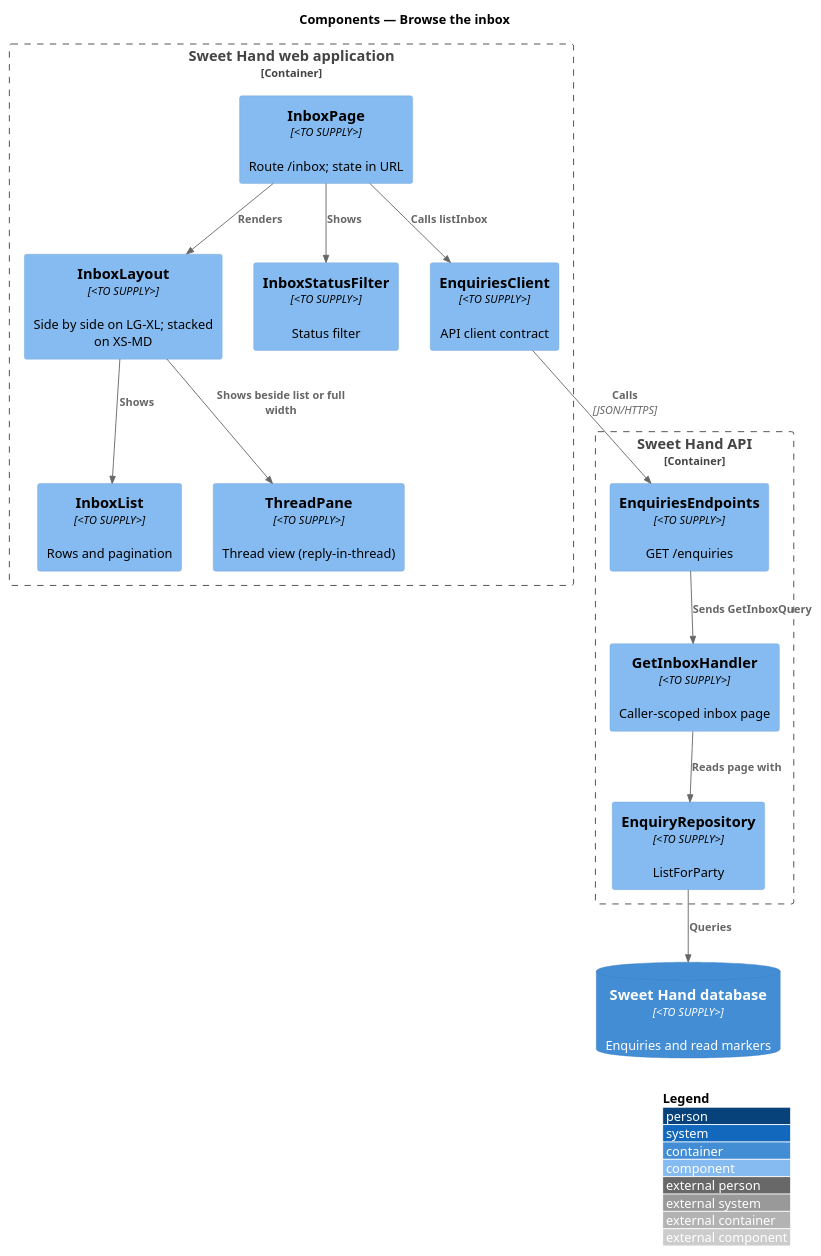
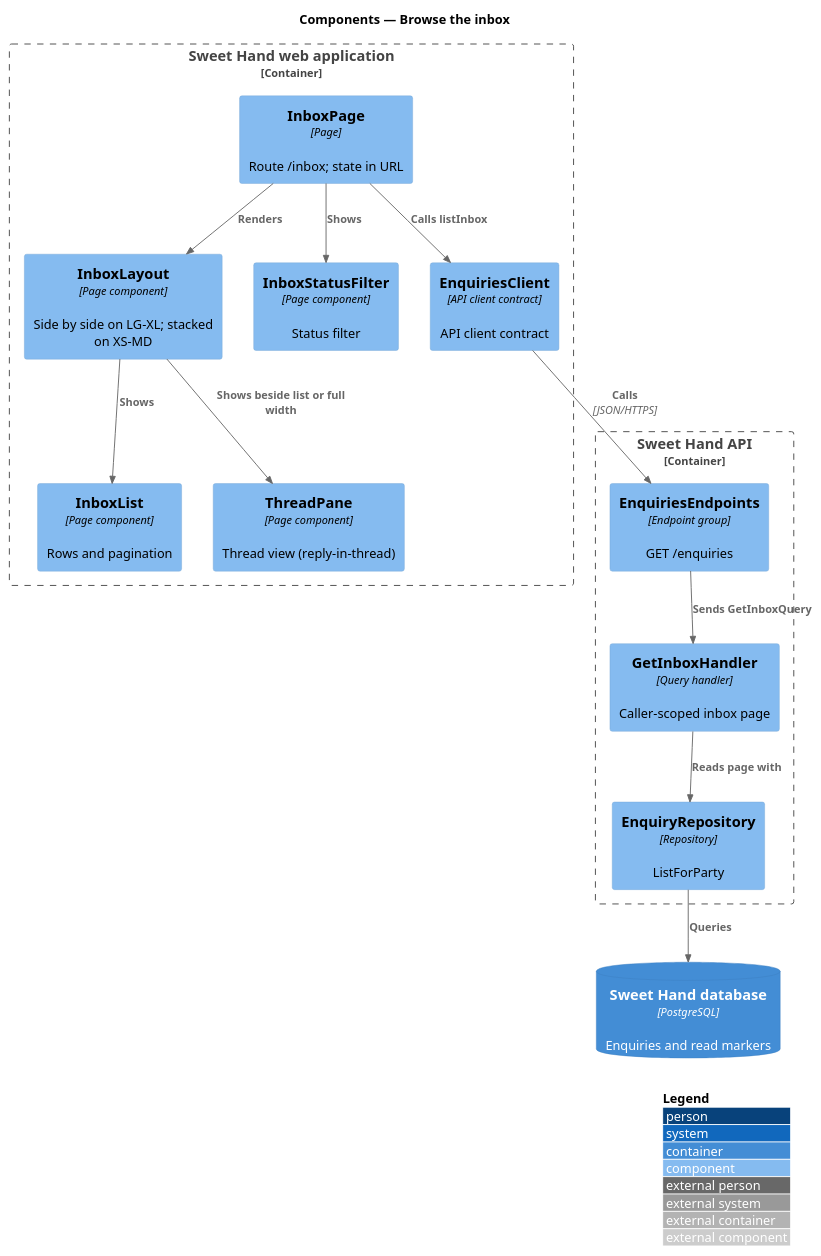
Before and after one commit to QuinntyneBrown/sweet-hand: the diagram in docs/detailed-designs/enquiries/browse-inbox/diagrams/c4-component.puml, drawn with PlantUML. The commit also changed 39 other files, not shown here.

```diff
--- a/docs/detailed-designs/enquiries/browse-inbox/diagrams/c4-component.puml
+++ b/docs/detailed-designs/enquiries/browse-inbox/diagrams/c4-component.puml
@@ -1,30 +1,30 @@
 @startuml
 !include <C4/C4_Component>
 LAYOUT_WITH_LEGEND()
 title Components — Browse the inbox
 
 Container_Boundary(web, "Sweet Hand web application") {
-  Component(page, "InboxPage", "<TO SUPPLY>", "Route /inbox; state in URL")
-  Component(layout, "InboxLayout", "<TO SUPPLY>", "Side by side on LG-XL; stacked on XS-MD")
-  Component(list, "InboxList", "<TO SUPPLY>", "Rows and pagination")
-  Component(filter, "InboxStatusFilter", "<TO SUPPLY>", "Status filter")
-  Component(pane, "ThreadPane", "<TO SUPPLY>", "Thread view (reply-in-thread)")
-  Component(client, "EnquiriesClient", "<TO SUPPLY>", "API client contract")
+  Component(page, "InboxPage", "Page", "Route /inbox; state in URL")
+  Component(layout, "InboxLayout", "Page component", "Side by side on LG-XL; stacked on XS-MD")
+  Component(list, "InboxList", "Page component", "Rows and pagination")
+  Component(filter, "InboxStatusFilter", "Page component", "Status filter")
+  Component(pane, "ThreadPane", "Page component", "Thread view (reply-in-thread)")
+  Component(client, "EnquiriesClient", "API client contract", "API client contract")
 }
 Container_Boundary(api, "Sweet Hand API") {
-  Component(ep, "EnquiriesEndpoints", "<TO SUPPLY>", "GET /enquiries")
-  Component(handler, "GetInboxHandler", "<TO SUPPLY>", "Caller-scoped inbox page")
-  Component(repo, "EnquiryRepository", "<TO SUPPLY>", "ListForParty")
+  Component(ep, "EnquiriesEndpoints", "Endpoint group", "GET /enquiries")
+  Component(handler, "GetInboxHandler", "Query handler", "Caller-scoped inbox page")
+  Component(repo, "EnquiryRepository", "Repository", "ListForParty")
 }
-ContainerDb(db, "Sweet Hand database", "<TO SUPPLY>", "Enquiries and read markers")
+ContainerDb(db, "Sweet Hand database", "PostgreSQL", "Enquiries and read markers")
 
 Rel(page, layout, "Renders")
 Rel(layout, list, "Shows")
 Rel(layout, pane, "Shows beside list or full width")
 Rel(page, filter, "Shows")
 Rel(page, client, "Calls listInbox")
 Rel(client, ep, "Calls", "JSON/HTTPS")
 Rel(ep, handler, "Sends GetInboxQuery")
 Rel(handler, repo, "Reads page with")
 Rel(repo, db, "Queries")
 @enduml
```
